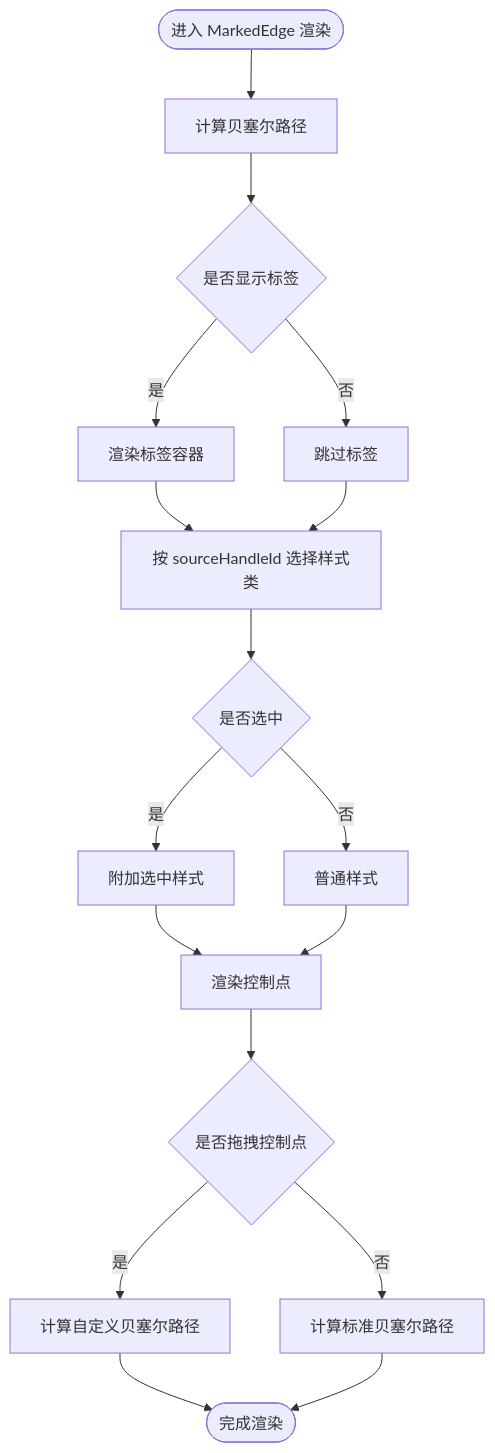
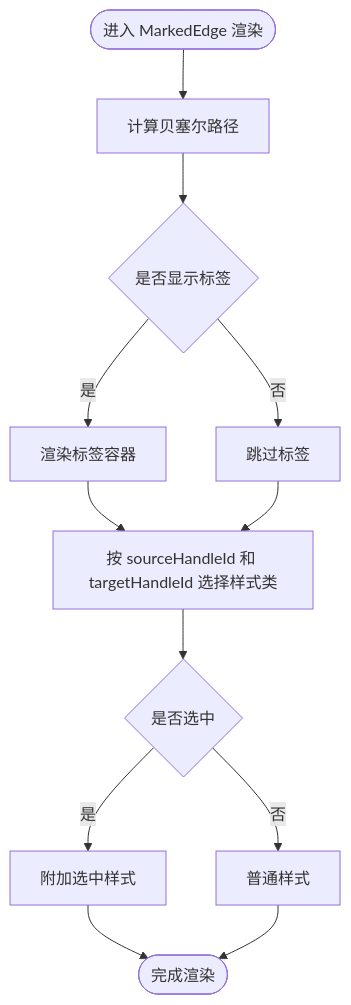
Before and after one commit to kqcoxn/MaaPipelineEditor: the third of 10 diagrams in .qoder/repowiki/zh/content/核心概念/连接.md, drawn with Mermaid. The commit also changed other lines of this file and 5 other files, not shown here.

````diff
--- a/.qoder/repowiki/zh/content/核心概念/连接.md
+++ b/.qoder/repowiki/zh/content/核心概念/连接.md
@@ -188,19 +178,14 @@
 ```mermaid
 flowchart TD
 Start(["进入 MarkedEdge 渲染"]) --> Path["计算贝塞尔路径"]
 Path --> LabelCfg{"是否显示标签"}
 LabelCfg --> |是| RenderLabel["渲染标签容器"]
 LabelCfg --> |否| SkipLabel["跳过标签"]
-RenderLabel --> ClassSel["按 sourceHandleId 选择样式类"]
+RenderLabel --> ClassSel["按 sourceHandleId 和 targetHandleId 选择样式类"]
 SkipLabel --> ClassSel
 ClassSel --> Selected{"是否选中"}
 Selected --> |是| SelClass["附加选中样式"]
 Selected --> |否| NormClass["普通样式"]
-SelClass --> ControlPoint["渲染控制点"]
-NormClass --> ControlPoint
-ControlPoint --> Drag{"是否拖拽控制点"}
-Drag --> |是| CustomPath["计算自定义贝塞尔路径"]
-Drag --> |否| StandardPath["计算标准贝塞尔路径"]
-CustomPath --> End(["完成渲染"])
-StandardPath --> End
+SelClass --> End(["完成渲染"])
+NormClass --> End
 ```
````
